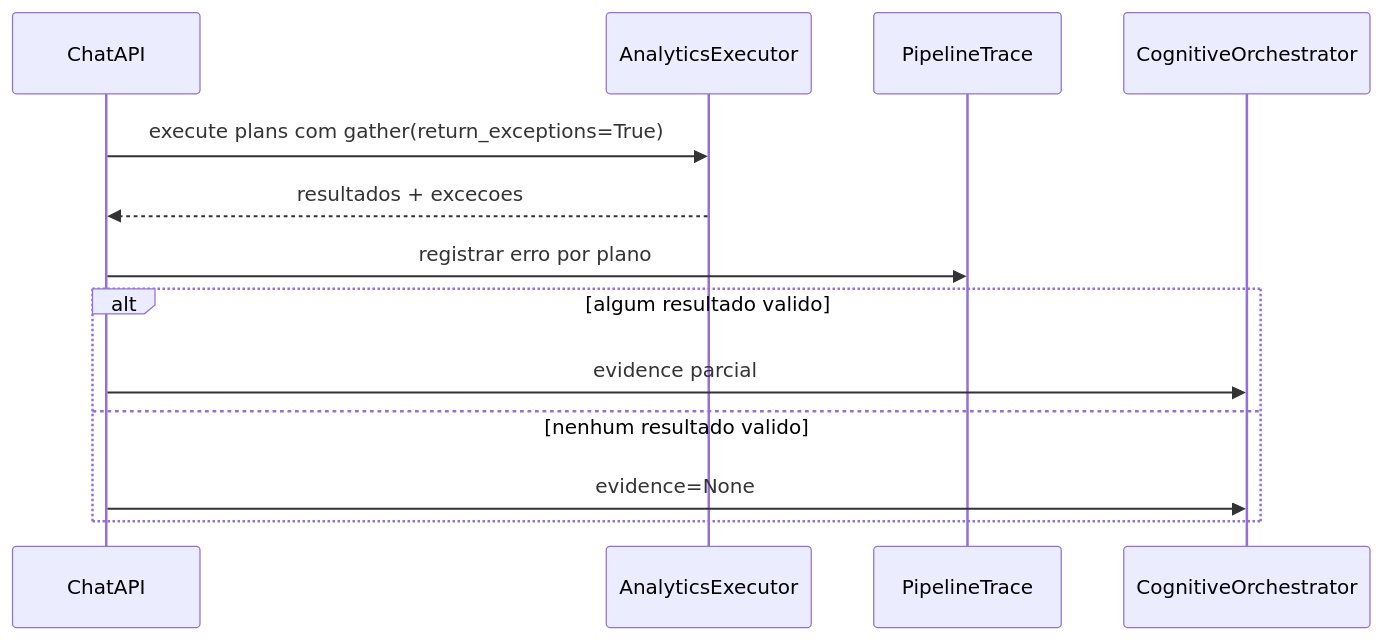
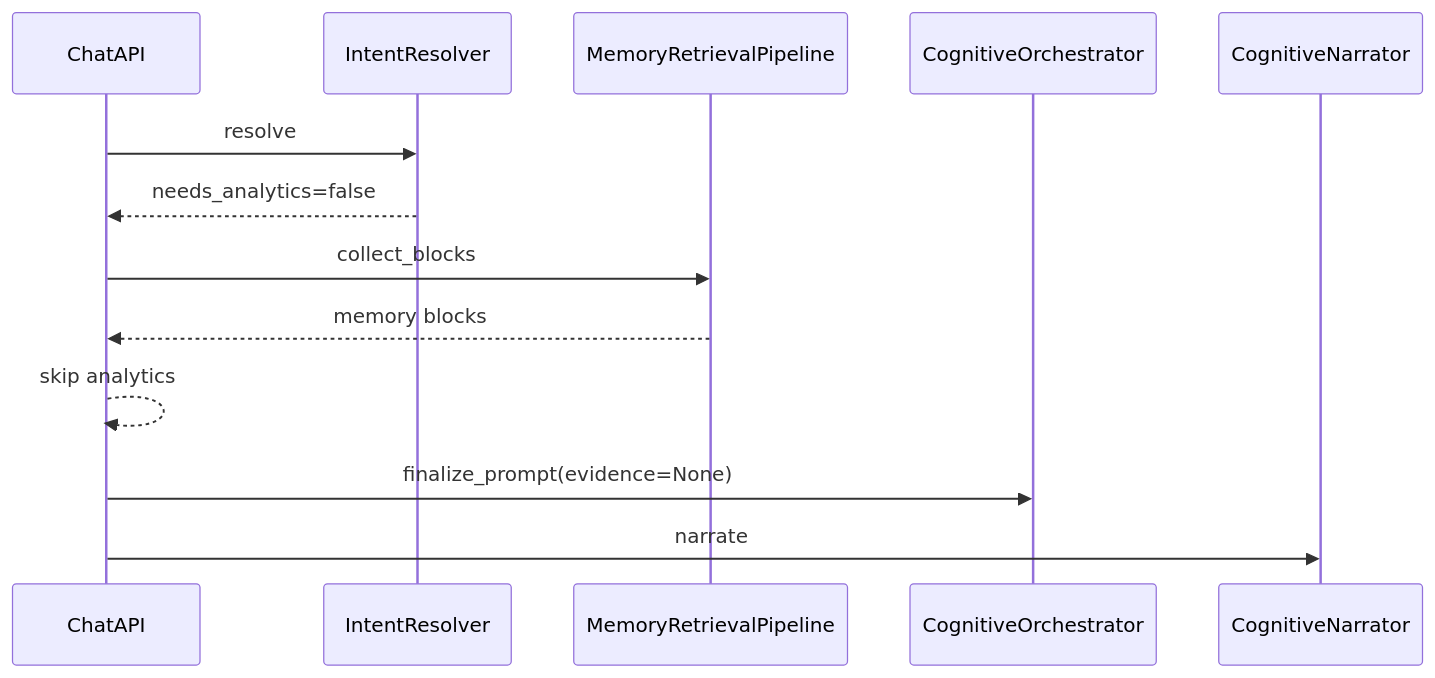
The eighth of 12 diagrams in orion_mcp_v3/docs/architecture/ANALISE_ARQUITETURAL_SENIOR.md (cristianosantana/jupter_notebook), drawn with Mermaid before and after one commit. The commit also changed other lines of this file and 3 other files, not shown here.

````diff
--- a/orion_mcp_v3/docs/architecture/ANALISE_ARQUITETURAL_SENIOR.md
+++ b/orion_mcp_v3/docs/architecture/ANALISE_ARQUITETURAL_SENIOR.md
@@ -548,16 +558,16 @@
 ```mermaid
 sequenceDiagram
     participant API as ChatAPI
-    participant EXE as AnalyticsExecutor
-    participant LOG as PipelineTrace
+    participant IR as IntentResolver
+    participant MEM as MemoryRetrievalPipeline
     participant ORCH as CognitiveOrchestrator
+    participant NAR as CognitiveNarrator
 
-    API->>EXE: execute plans com gather(return_exceptions=True)
-    EXE-->>API: resultados + excecoes
-    API->>LOG: registrar erro por plano
-    alt algum resultado valido
-        API->>ORCH: evidence parcial
-    else nenhum resultado valido
-        API->>ORCH: evidence=None
-    end
+    API->>IR: resolve
+    IR-->>API: needs_analytics=false
+    API->>MEM: collect_blocks
+    MEM-->>API: memory blocks
+    API-->>API: skip analytics
+    API->>ORCH: finalize_prompt(evidence=None)
+    API->>NAR: narrate
 ```
````
